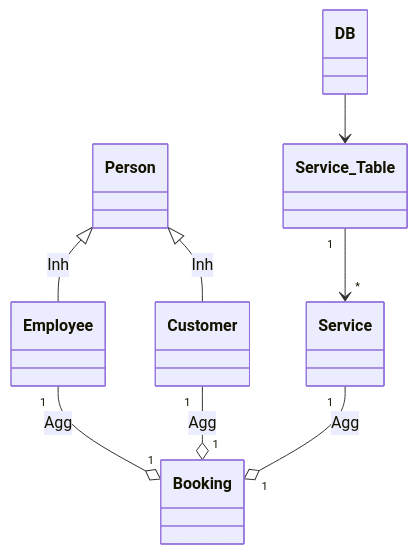
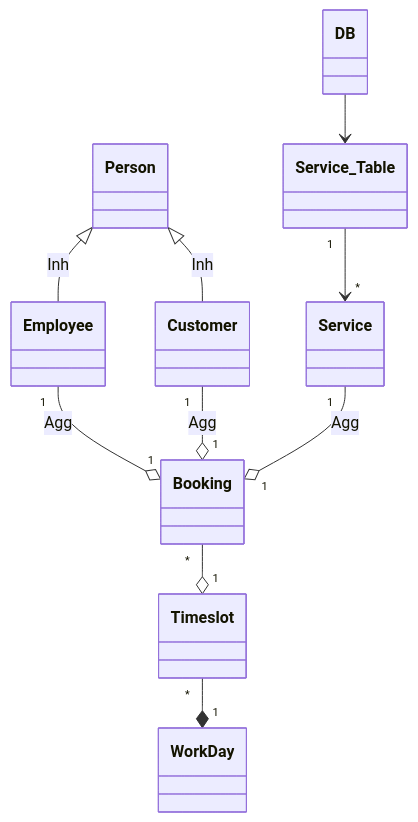
One commit to ZnowBaka/Haarmoni-ka changed the diagram in Diagram/Overall/Domain.md. Above: the diagram before and after it, drawn with Mermaid. The commit also changed other lines of this file and 2 other files, not shown here.

Commit message:
Added More to the class Diagram

````diff
--- a/Diagram/Overall/Domain.md
+++ b/Diagram/Overall/Domain.md
@@ -4,16 +4,15 @@
 ```mermaid
     classDiagram
-       
-        Person <|-- Employee : Inh
-        Person <|-- Customer : Inh
-        Employee "1" --o "1" Booking : Agg
-        Customer "1" --o "1" Booking : Agg
-        
-        DB-->Service_Table
-        Service_Table "1" --> "*" Service
-        Service "1" --o "1" Booking : Agg
+    Person <|-- Employee: Inh
+    Person <|-- Customer: Inh
+    Employee "1" --o "1" Booking: Agg
+    Customer "1" --o "1" Booking: Agg
+    DB --> Service_Table
+    Service_Table "1" --> "*" Service
+    Service "1" --o "1" Booking: Agg
+    Booking "*" --o "1" Timeslot
+    Timeslot "*" --* "1" WorkDay
 
-        
-        
-                
+
+
 ```
````
